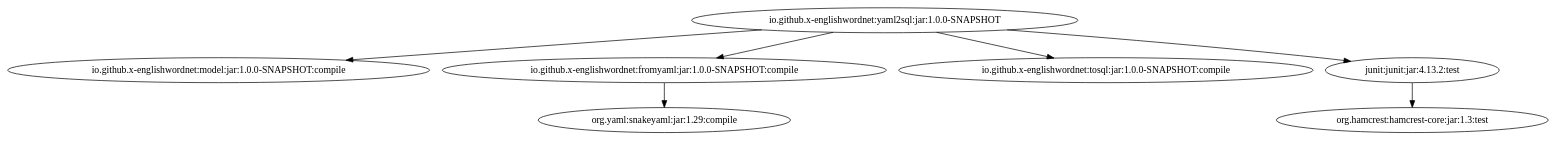
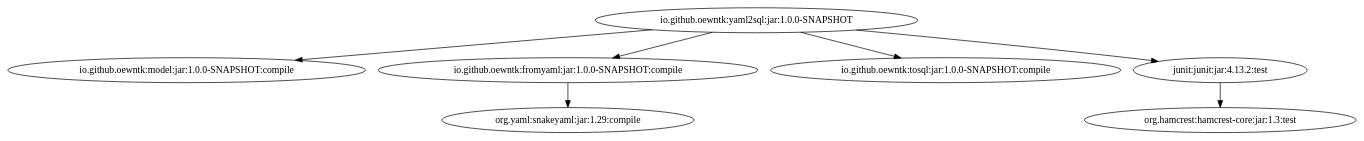
Before and after one commit to oewntk/grind_yaml2sql: the diagram in images/grind-yaml2sql.dot, drawn with Graphviz. The commit also changed 3 other files, not shown here.

```diff
--- a/images/grind-yaml2sql.dot
+++ b/images/grind-yaml2sql.dot
@@ -1,8 +1,8 @@
-digraph "io.github.x-englishwordnet:yaml2sql:jar:1.0.0-SNAPSHOT" { 
-	"io.github.x-englishwordnet:yaml2sql:jar:1.0.0-SNAPSHOT" -> "io.github.x-englishwordnet:model:jar:1.0.0-SNAPSHOT:compile" ; 
-	"io.github.x-englishwordnet:yaml2sql:jar:1.0.0-SNAPSHOT" -> "io.github.x-englishwordnet:fromyaml:jar:1.0.0-SNAPSHOT:compile" ; 
-	"io.github.x-englishwordnet:yaml2sql:jar:1.0.0-SNAPSHOT" -> "io.github.x-englishwordnet:tosql:jar:1.0.0-SNAPSHOT:compile" ; 
-	"io.github.x-englishwordnet:yaml2sql:jar:1.0.0-SNAPSHOT" -> "junit:junit:jar:4.13.2:test" ; 
-	"io.github.x-englishwordnet:fromyaml:jar:1.0.0-SNAPSHOT:compile" -> "org.yaml:snakeyaml:jar:1.29:compile" ; 
+digraph "io.github.oewntk:yaml2sql:jar:1.0.0-SNAPSHOT" {
+	"io.github.oewntk:yaml2sql:jar:1.0.0-SNAPSHOT" -> "io.github.oewntk:model:jar:1.0.0-SNAPSHOT:compile" ;
+	"io.github.oewntk:yaml2sql:jar:1.0.0-SNAPSHOT" -> "io.github.oewntk:fromyaml:jar:1.0.0-SNAPSHOT:compile" ;
+	"io.github.oewntk:yaml2sql:jar:1.0.0-SNAPSHOT" -> "io.github.oewntk:tosql:jar:1.0.0-SNAPSHOT:compile" ;
+	"io.github.oewntk:yaml2sql:jar:1.0.0-SNAPSHOT" -> "junit:junit:jar:4.13.2:test" ;
+	"io.github.oewntk:fromyaml:jar:1.0.0-SNAPSHOT:compile" -> "org.yaml:snakeyaml:jar:1.29:compile" ;
 	"junit:junit:jar:4.13.2:test" -> "org.hamcrest:hamcrest-core:jar:1.3:test" ; 
  } 
```
